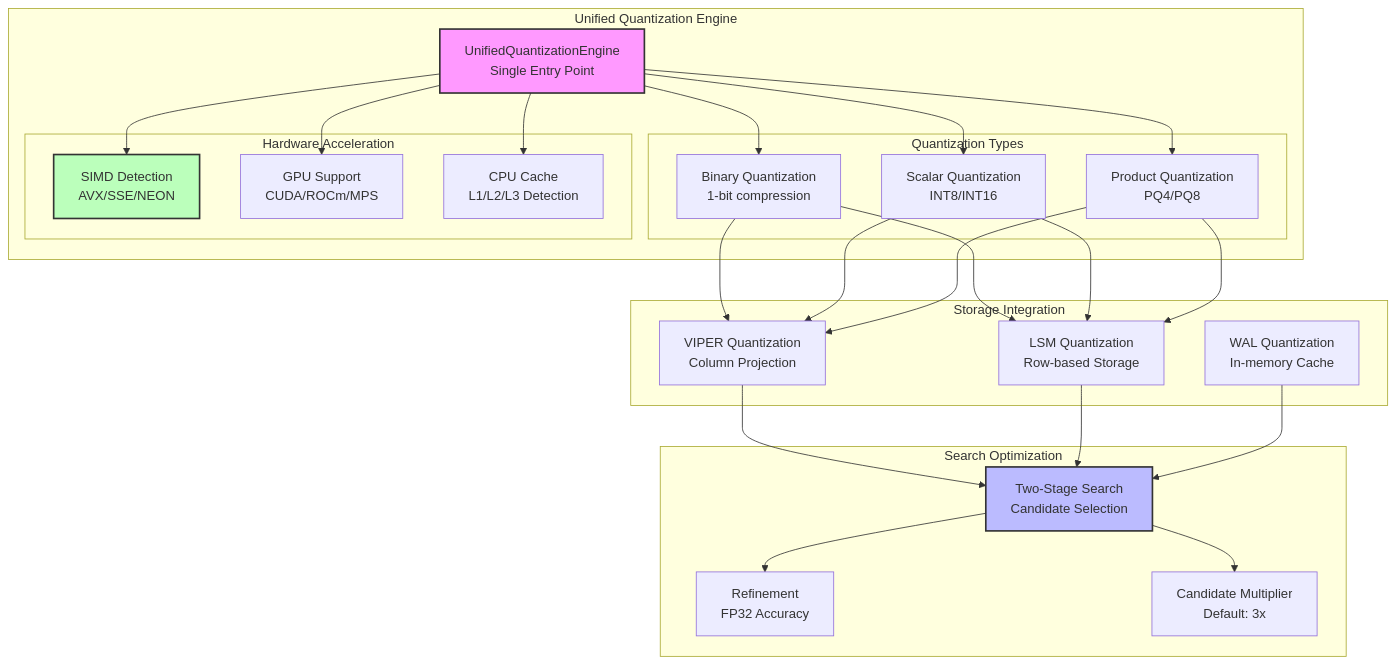
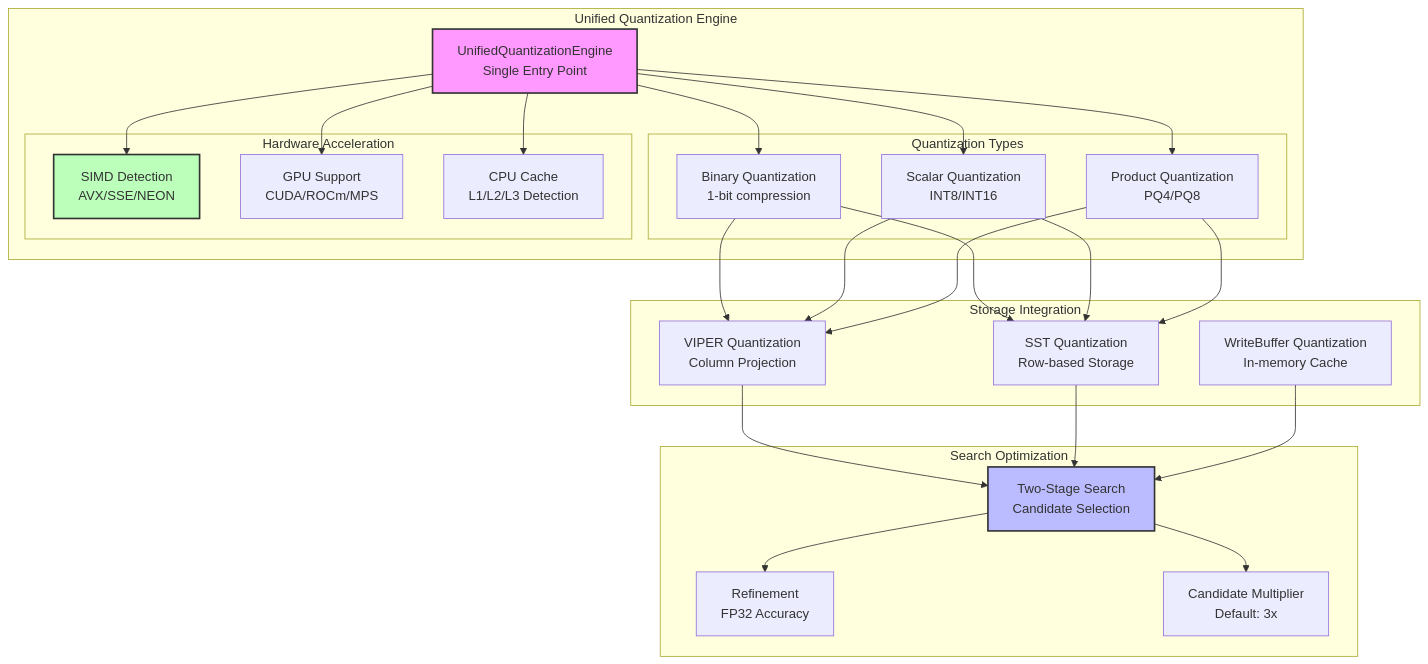
Before and after one commit to vjsingh1984/proximaDB: the diagram in docs/diagrams/unified_quantization_system.mmd, drawn with Mermaid. The commit also changed 60 other files, not shown here.

```diff
--- a/docs/diagrams/unified_quantization_system.mmd
+++ b/docs/diagrams/unified_quantization_system.mmd
@@ -1,55 +1,55 @@
 graph TB
     subgraph "Unified Quantization Engine"
         UQE[UnifiedQuantizationEngine<br/>Single Entry Point]
         
         subgraph "Quantization Types"
             BINARY[Binary Quantization<br/>1-bit compression]
             SCALAR[Scalar Quantization<br/>INT8/INT16]
             PQ[Product Quantization<br/>PQ4/PQ8]
         end
         
         subgraph "Hardware Acceleration"
             SIMD[SIMD Detection<br/>AVX/SSE/NEON]
             GPU[GPU Support<br/>CUDA/ROCm/MPS]
             CACHE[CPU Cache<br/>L1/L2/L3 Detection]
         end
     end
     
     subgraph "Storage Integration"
         VIPER_Q[VIPER Quantization<br/>Column Projection]
-        LSM_Q[LSM Quantization<br/>Row-based Storage]
-        WAL_Q[WAL Quantization<br/>In-memory Cache]
+        SST_Q[SST Quantization<br/>Row-based Storage]
+        WriteBuffer_Q[WriteBuffer Quantization<br/>In-memory Cache]
     end
     
     subgraph "Search Optimization"
         TWO_STAGE[Two-Stage Search<br/>Candidate Selection]
         REFINE[Refinement<br/>FP32 Accuracy]
         MULTIPLIER[Candidate Multiplier<br/>Default: 3x]
     end
     
     UQE --> BINARY
     UQE --> SCALAR
     UQE --> PQ
     
     UQE --> SIMD
     UQE --> GPU
     UQE --> CACHE
     
     BINARY --> VIPER_Q
     SCALAR --> VIPER_Q
     PQ --> VIPER_Q
     
-    BINARY --> LSM_Q
-    SCALAR --> LSM_Q
-    PQ --> LSM_Q
+    BINARY --> SST_Q
+    SCALAR --> SST_Q
+    PQ --> SST_Q
     
     VIPER_Q --> TWO_STAGE
-    LSM_Q --> TWO_STAGE
-    WAL_Q --> TWO_STAGE
+    SST_Q --> TWO_STAGE
+    WriteBuffer_Q --> TWO_STAGE
     
     TWO_STAGE --> REFINE
     TWO_STAGE --> MULTIPLIER
     
     style UQE fill:#f9f,stroke:#333,stroke-width:2px
     style TWO_STAGE fill:#bbf,stroke:#333,stroke-width:2px
     style SIMD fill:#bfb,stroke:#333,stroke-width:2px
```
